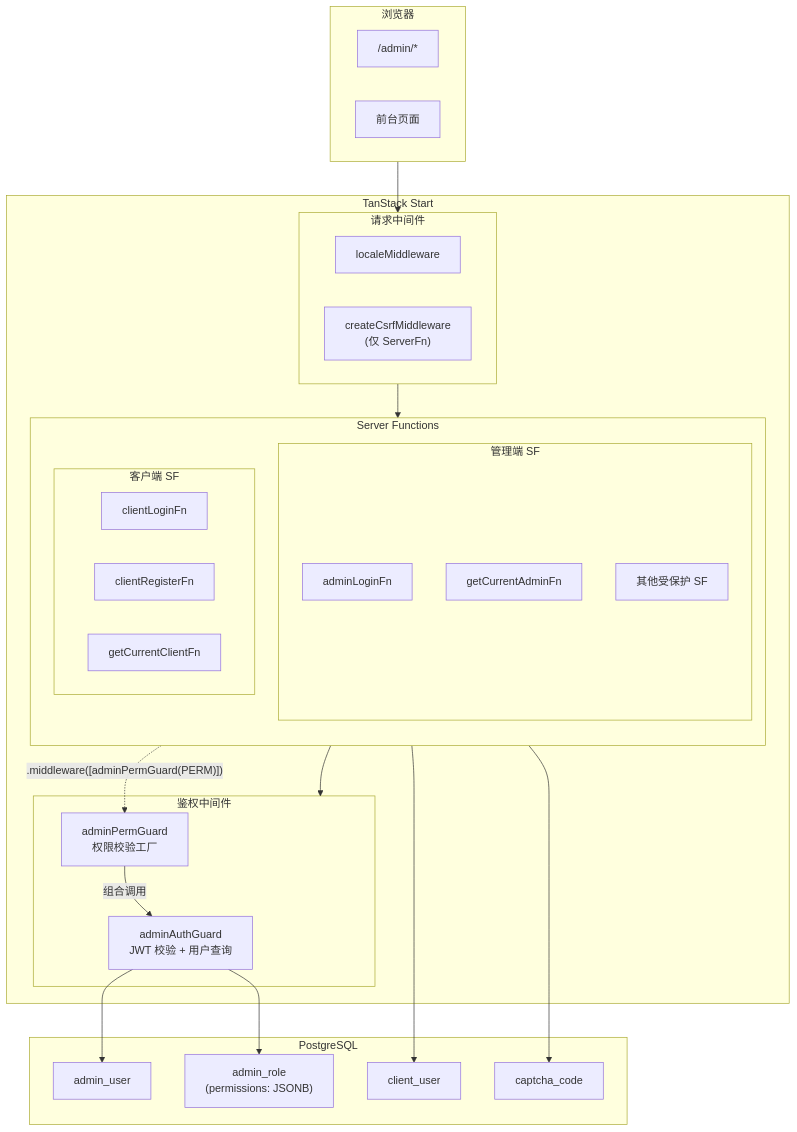
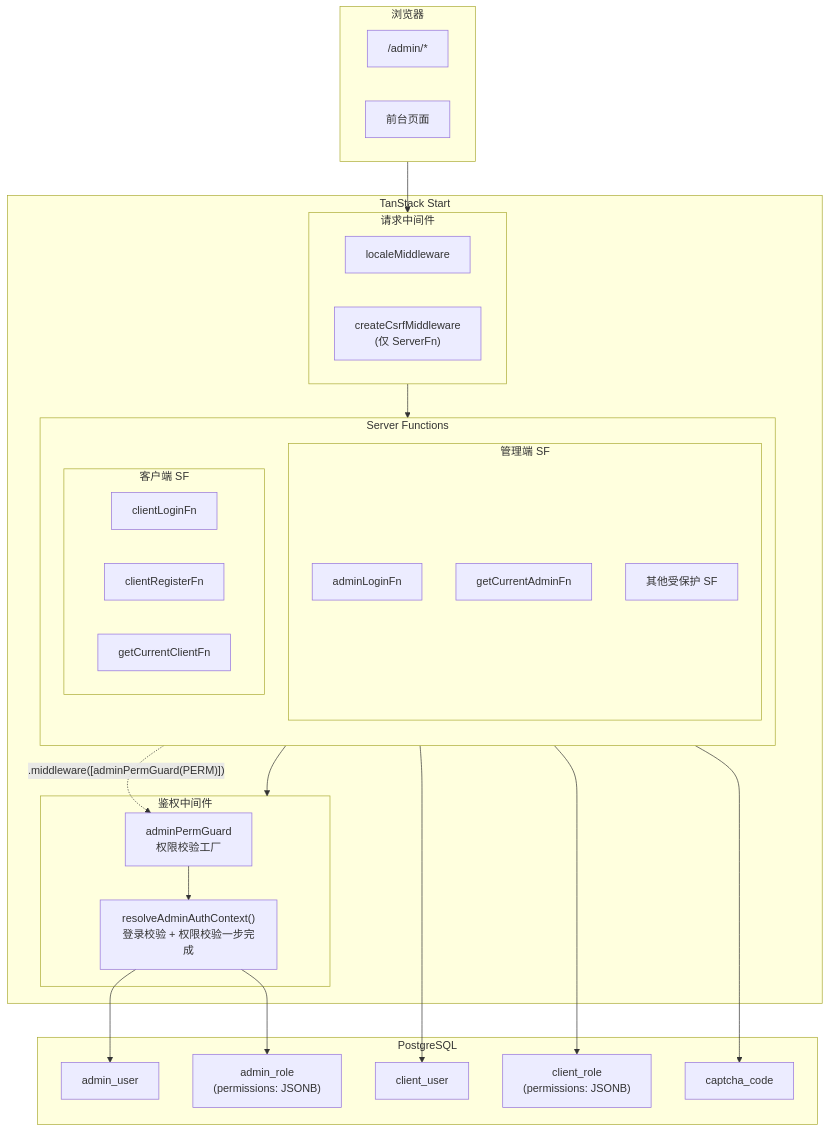
Before and after one commit to easyx-dev/fsdx: the first of 6 diagrams in docs/auth-permission-model.md, drawn with Mermaid. The commit also changed other lines of this file and 20 other files, not shown here.

````diff
--- a/docs/auth-permission-model.md
+++ b/docs/auth-permission-model.md
@@ -18,51 +18,53 @@
 ```mermaid
 flowchart TB
     subgraph Browser["浏览器"]
         direction LR
         AdminPage["/admin/*"]
         ClientPage["前台页面"]
     end
 
     subgraph TanStackStart["TanStack Start"]
         subgraph RequestMiddleware["请求中间件"]
             Locale["localeMiddleware"]
             CSRF["createCsrfMiddleware<br/>(仅 ServerFn)"]
         end
 
         subgraph ServerFunctions["Server Functions"]
             direction TB
             subgraph AdminSF["管理端 SF"]
                 Login["adminLoginFn"]
                 CurrentAdmin["getCurrentAdminFn"]
                 Protected["其他受保护 SF"]
             end
             subgraph ClientSF["客户端 SF"]
                 ClientLogin["clientLoginFn"]
                 ClientRegister["clientRegisterFn"]
                 CurrentClient["getCurrentClientFn"]
             end
         end
 
         subgraph AuthMiddleware["鉴权中间件"]
-            AuthGuard["adminAuthGuard<br/>JWT 校验 + 用户查询"]
             PermGuard["adminPermGuard<br/>权限校验工厂"]
+            Resolver["resolveAdminAuthContext()<br/>登录校验 + 权限校验一步完成"]
         end
     end
 
     subgraph DB["PostgreSQL"]
         AdminTbl["admin_user"]
         RoleTbl["admin_role<br/>(permissions: JSONB)"]
         ClientTbl["client_user"]
+        ClientRoleTbl["client_role<br/>(permissions: JSONB)"]
         CaptchaTbl["captcha_code"]
     end
 
     Browser --> RequestMiddleware
     RequestMiddleware --> ServerFunctions
     AdminSF --> AuthMiddleware
     Protected -.->|".middleware([adminPermGuard(PERM)])"| PermGuard
-    PermGuard -->|"组合调用"| AuthGuard
-    AuthGuard --> AdminTbl
-    AuthGuard --> RoleTbl
+    PermGuard --> Resolver
+    Resolver --> AdminTbl
+    Resolver --> RoleTbl
     ClientSF --> ClientTbl
+    ClientSF --> ClientRoleTbl
     ClientSF --> CaptchaTbl
 ```
````
